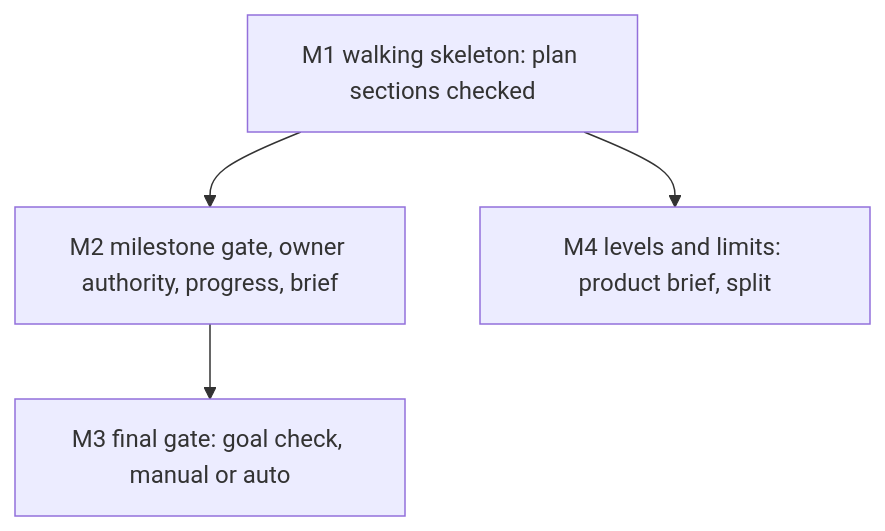
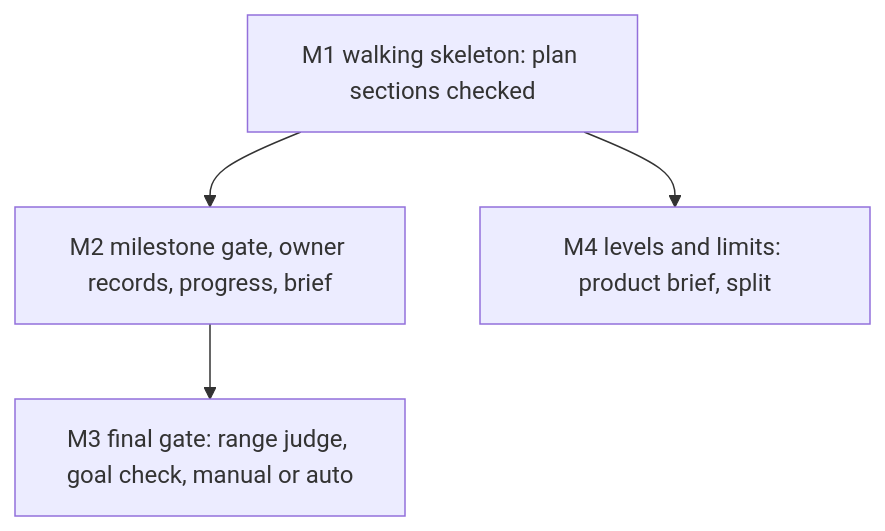
The second of 2 diagrams in docs/work/agentic-loop/README.md (sibulus13/claudence), drawn with Mermaid before and after one commit. The commit also changed other lines of this file and 2 other files, not shown here.

````diff
--- a/docs/work/agentic-loop/README.md
+++ b/docs/work/agentic-loop/README.md
@@ -148,6 +153,6 @@
 ```mermaid
 flowchart TD
-  M1["M1 walking skeleton: plan sections checked"] --> M2["M2 milestone gate, owner authority, progress, brief"]
-  M2 --> M3["M3 final gate: goal check, manual or auto"]
+  M1["M1 walking skeleton: plan sections checked"] --> M2["M2 milestone gate, owner records, progress, brief"]
+  M2 --> M3["M3 final gate: range judge, goal check, manual or auto"]
   M1 --> M4["M4 levels and limits: product brief, split"]
 ```
````
